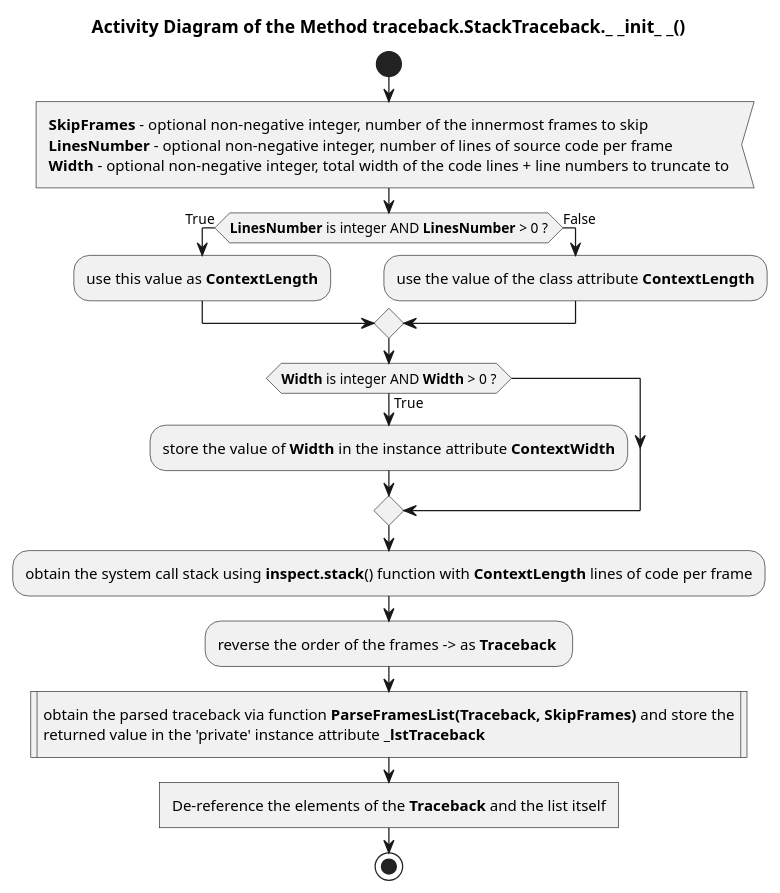
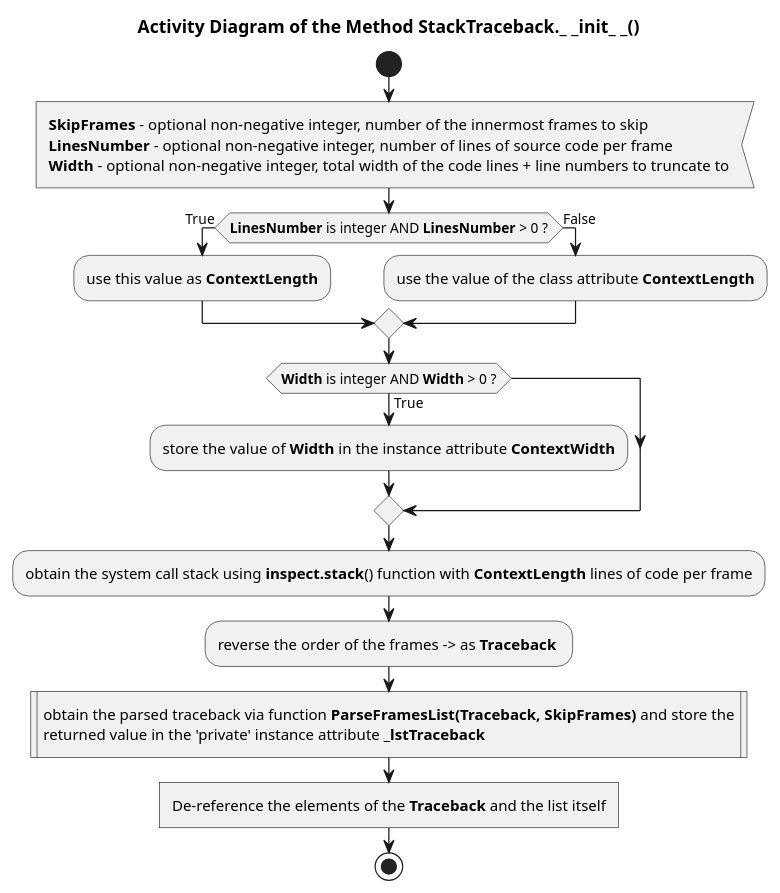
One commit to FooBarShebang/introspection_lib changed the diagram in Documentation/UML/traceback/traceback_stacktraceback_init.pu. Above: the diagram before and after it, drawn with PlantUML. The commit also changed 18 other files, not shown here.

Commit message:
updated UML diagrams

```diff
--- a/Documentation/UML/traceback/traceback_stacktraceback_init.pu
+++ b/Documentation/UML/traceback/traceback_stacktraceback_init.pu
@@ -1,31 +1,31 @@
 @startuml traceback_stacktraceback_init
 
-title Activity Diagram of the Method traceback.StackTraceback._ _init_ _()
+title Activity Diagram of the Method StackTraceback._ _init_ _()
 
 start
 
 :<b>SkipFrames</b> - optional non-negative integer, number of the innermost frames to skip
 <b>LinesNumber</b> - optional non-negative integer, number of lines of source code per frame
 <b>Width</b> - optional non-negative integer, total width of the code lines + line numbers to truncate to<
 
 if (<b>LinesNumber</b> is integer AND <b>LinesNumber</b> > 0 ?) then (True)
     :use this value as <b>ContextLength</b>;
 else (False)
     :use the value of the class attribute <b>ContextLength</b>;
 endif
 
 if (<b>Width</b> is integer AND <b>Width</b> > 0 ?) then (True)
     :store the value of <b>Width</b> in the instance attribute <b>ContextWidth</b>;
 endif
 
 :obtain the system call stack using <b>inspect.stack</b>() function with <b>ContextLength</b> lines of code per frame;
 
 :reverse the order of the frames -> as <b>Traceback</b> ;
 
 :obtain the parsed traceback via function <b>ParseFramesList(Traceback, SkipFrames)</b> and store the\nreturned value in the 'private' instance attribute <b>_lstTraceback</b>|
 
 :De-reference the elements of the <b>Traceback</b> and the list itself]
 
 stop
 
 @enduml
```
